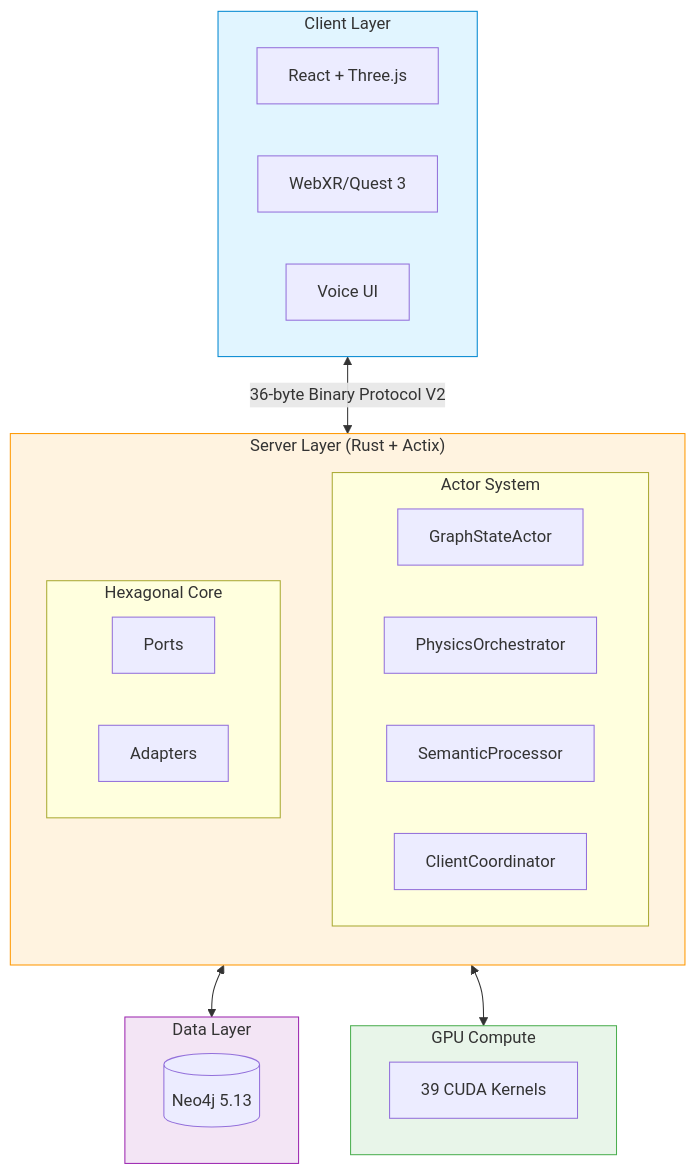
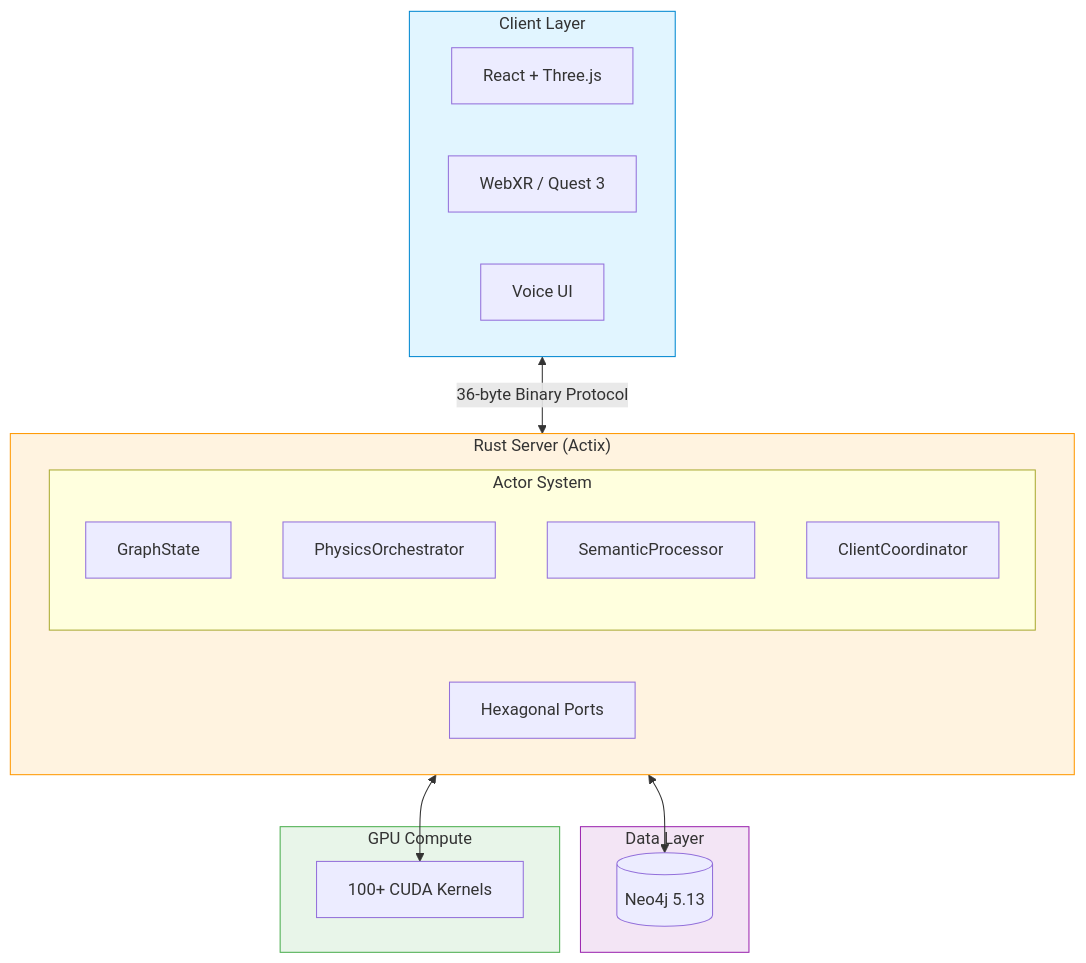
Before and after one commit to DreamLab-AI/VisionFlow: the diagram in README.md, drawn with Mermaid. The commit also changed other lines of this file and 196 other files, not shown here.

````diff
--- a/README.md
+++ b/README.md
@@ -258,40 +213,35 @@
 ```mermaid
 flowchart TB
     subgraph Client["Client Layer"]
-        direction LR
         React["React + Three.js"]
-        WebXR["WebXR/Quest 3"]
+        WebXR["WebXR / Quest 3"]
         Voice["Voice UI"]
     end
 
-    subgraph Server["Server Layer (Rust + Actix)"]
-        direction TB
+    subgraph Server["Rust Server (Actix)"]
         subgraph Actors["Actor System"]
-            GraphState["GraphStateActor"]
-            Physics["PhysicsOrchestrator"]
-            Semantic["SemanticProcessor"]
-            Coordinator["ClientCoordinator"]
+            GS["GraphState"]
+            PO["PhysicsOrchestrator"]
+            SP["SemanticProcessor"]
+            CC["ClientCoordinator"]
         end
-        subgraph Hexagonal["Hexagonal Core"]
-            Ports["Ports"]
-            Adapters["Adapters"]
-        end
+        HP["Hexagonal Ports"]
     end
 
     subgraph Data["Data Layer"]
         Neo4j[(Neo4j 5.13)]
     end
 
     subgraph GPU["GPU Compute"]
-        CUDA["39 CUDA Kernels"]
+        CUDA["100+ CUDA Kernels"]
     end
 
-    Client <-->|"36-byte Binary Protocol V2"| Server
-    Server <--> Data
-    Server <--> GPU
+    Client <-->|"36-byte Binary Protocol"| Server
+    Server <--> Neo4j
+    Server <--> CUDA
 
     style Client fill:#e1f5ff,stroke:#0288d1
     style Server fill:#fff3e0,stroke:#ff9800
     style Data fill:#f3e5f5,stroke:#9c27b0
     style GPU fill:#e8f5e9,stroke:#4caf50
 ```
````
